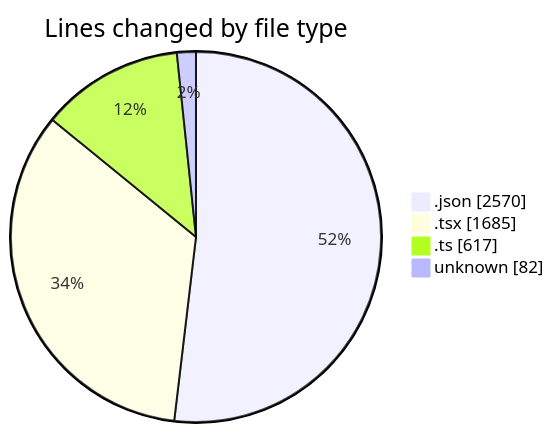
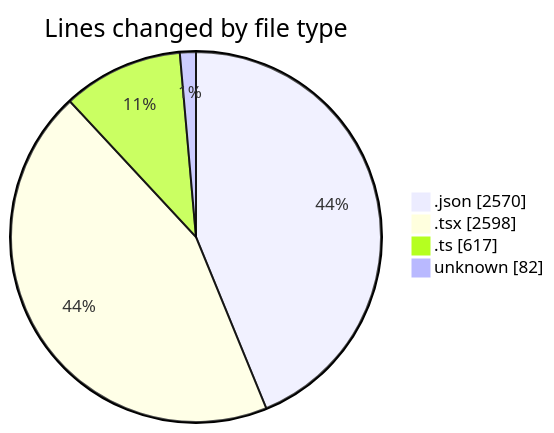
The first of 2 diagrams in 2025-10-29/eventscop-frontend-guide__workspace_/README.md (julien-gomy/code-tracking), drawn with Mermaid before and after one commit. The commit also changed other lines of this file and 1 other file, not shown here.

````diff
--- a/2025-10-29/eventscop-frontend-guide__workspace_/README.md
+++ b/2025-10-29/eventscop-frontend-guide__workspace_/README.md
@@ -50,8 +53,8 @@
 ```mermaid
 pie showData
 title Lines changed by file type
 ".json" : 2570
-".tsx" : 1685
+".tsx" : 2598
 ".ts" : 617
 "unknown" : 82
 ```
````
